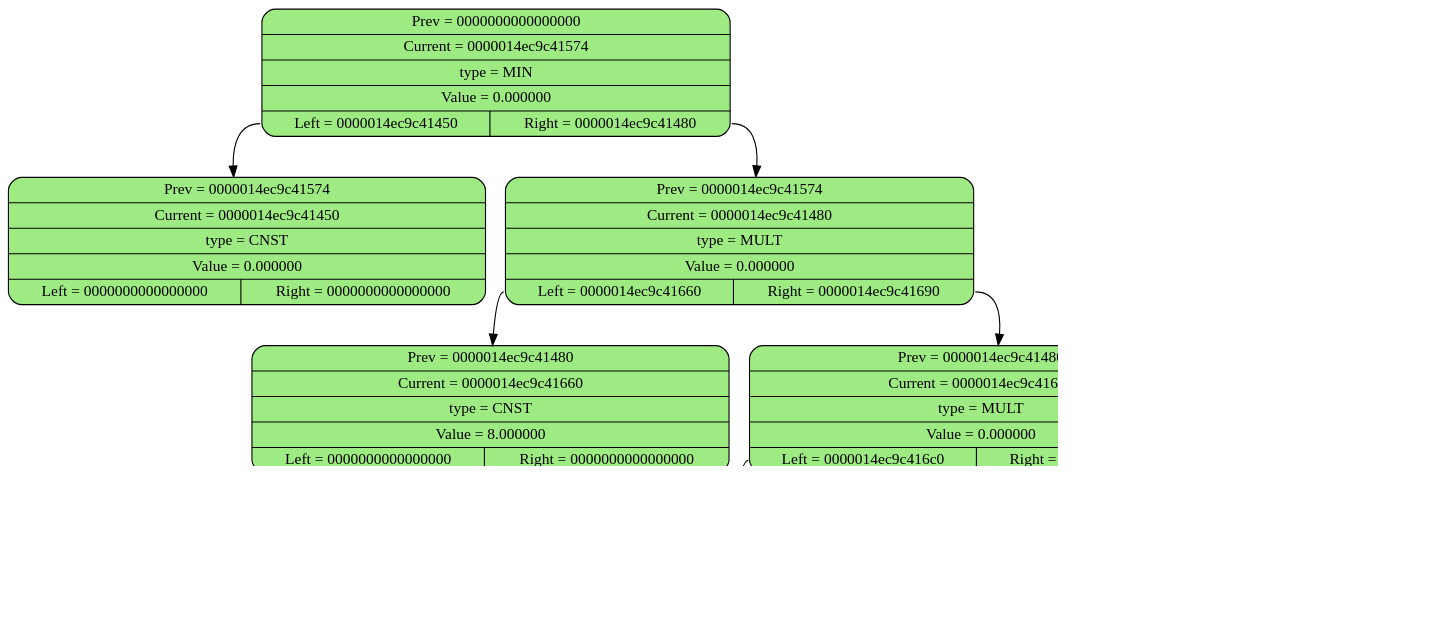
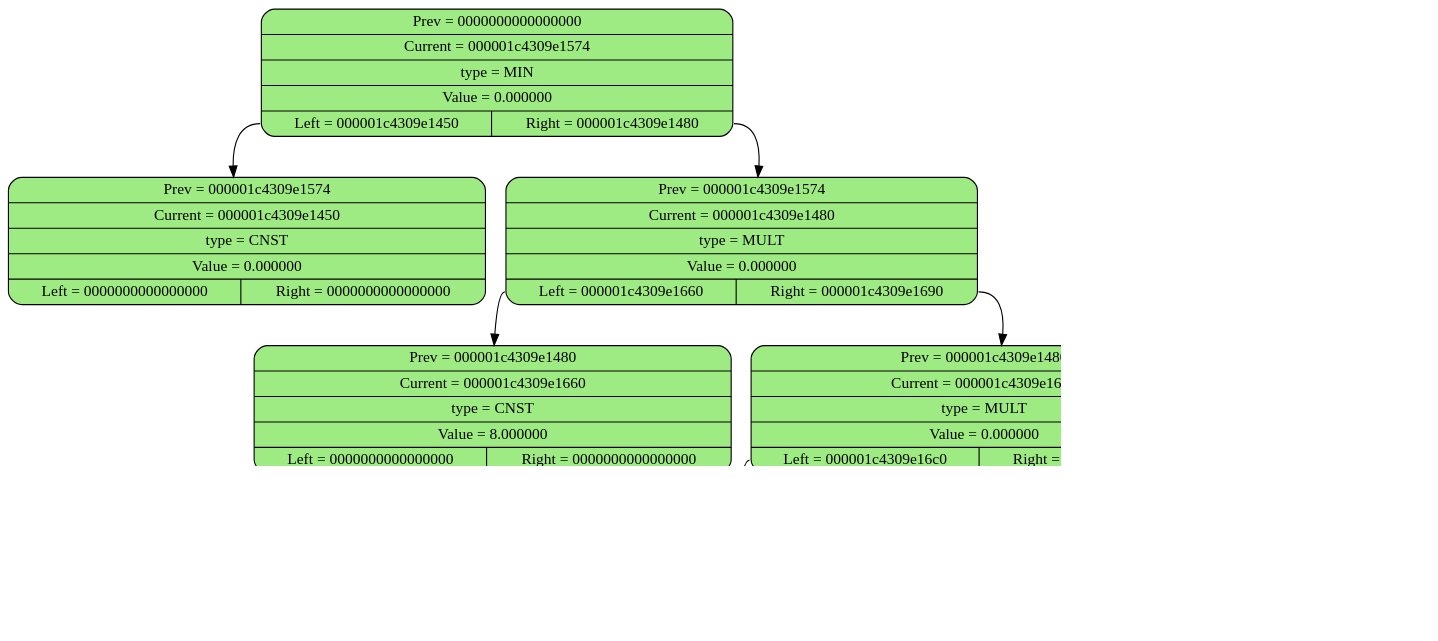
One commit to TupaToster/diff changed the diagram in GraphDumpSrc.dot. Above: the diagram before and after it, drawn with Graphviz. The commit also changed 4 other files, not shown here.

```diff
--- a/GraphDumpSrc.dot
+++ b/GraphDumpSrc.dot
@@ -1,21 +1,21 @@
 digraph List_7 {
 	graph [dpi = 100];
 	rankdir = TB
-	"Nod_0" [shape = "Mrecord", style = "filled", fillcolor = "#9feb83", label = "{ <prev> Prev = 0000000000000000 | Current = 0000014ec9c41574 | type = MIN | Value = 0.000000 |{ <left> Left = 0000014ec9c41450 | <right> Right = 0000014ec9c41480} }"]
-	"Nod_1" [shape = "Mrecord", style = "filled", fillcolor = "#9feb83", label = "{ <prev> Prev = 0000014ec9c41574 | Current = 0000014ec9c41450 | type = CNST | Value = 0.000000 |{ <left> Left = 0000000000000000 | <right> Right = 0000000000000000} }"]
-	"Nod_2" [shape = "Mrecord", style = "filled", fillcolor = "#9feb83", label = "{ <prev> Prev = 0000014ec9c41574 | Current = 0000014ec9c41480 | type = MULT | Value = 0.000000 |{ <left> Left = 0000014ec9c41660 | <right> Right = 0000014ec9c41690} }"]
-	"Nod_3" [shape = "Mrecord", style = "filled", fillcolor = "#9feb83", label = "{ <prev> Prev = 0000014ec9c41480 | Current = 0000014ec9c41660 | type = CNST | Value = 8.000000 |{ <left> Left = 0000000000000000 | <right> Right = 0000000000000000} }"]
-	"Nod_4" [shape = "Mrecord", style = "filled", fillcolor = "#9feb83", label = "{ <prev> Prev = 0000014ec9c41480 | Current = 0000014ec9c41690 | type = MULT | Value = 0.000000 |{ <left> Left = 0000014ec9c416c0 | <right> Right = 0000014ec9c416f0} }"]
-	"Nod_5" [shape = "Mrecord", style = "filled", fillcolor = "#9feb83", label = "{ <prev> Prev = 0000014ec9c41690 | Current = 0000014ec9c416c0 | type = CNST | Value = 3.000000 |{ <left> Left = 0000000000000000 | <right> Right = 0000000000000000} }"]
-	"Nod_6" [shape = "Mrecord", style = "filled", fillcolor = "#9feb83", label = "{ <prev> Prev = 0000014ec9c41690 | Current = 0000014ec9c416f0 | type = X | Value = 2.000000 |{ <left> Left = 0000000000000000 | <right> Right = 0000000000000000} }"]
+	"Nod_0" [shape = "Mrecord", style = "filled", fillcolor = "#9feb83", label = "{ <prev> Prev = 0000000000000000 | Current = 000001c4309e1574 | type = MIN | Value = 0.000000 |{ <left> Left = 000001c4309e1450 | <right> Right = 000001c4309e1480} }"]
+	"Nod_1" [shape = "Mrecord", style = "filled", fillcolor = "#9feb83", label = "{ <prev> Prev = 000001c4309e1574 | Current = 000001c4309e1450 | type = CNST | Value = 0.000000 |{ <left> Left = 0000000000000000 | <right> Right = 0000000000000000} }"]
+	"Nod_2" [shape = "Mrecord", style = "filled", fillcolor = "#9feb83", label = "{ <prev> Prev = 000001c4309e1574 | Current = 000001c4309e1480 | type = MULT | Value = 0.000000 |{ <left> Left = 000001c4309e1660 | <right> Right = 000001c4309e1690} }"]
+	"Nod_3" [shape = "Mrecord", style = "filled", fillcolor = "#9feb83", label = "{ <prev> Prev = 000001c4309e1480 | Current = 000001c4309e1660 | type = CNST | Value = 8.000000 |{ <left> Left = 0000000000000000 | <right> Right = 0000000000000000} }"]
+	"Nod_4" [shape = "Mrecord", style = "filled", fillcolor = "#9feb83", label = "{ <prev> Prev = 000001c4309e1480 | Current = 000001c4309e1690 | type = MULT | Value = 0.000000 |{ <left> Left = 000001c4309e16c0 | <right> Right = 000001c4309e16f0} }"]
+	"Nod_5" [shape = "Mrecord", style = "filled", fillcolor = "#9feb83", label = "{ <prev> Prev = 000001c4309e1690 | Current = 000001c4309e16c0 | type = CNST | Value = 3.000000 |{ <left> Left = 0000000000000000 | <right> Right = 0000000000000000} }"]
+	"Nod_6" [shape = "Mrecord", style = "filled", fillcolor = "#9feb83", label = "{ <prev> Prev = 000001c4309e1690 | Current = 000001c4309e16f0 | type = X | Value = 2.000000 |{ <left> Left = 0000000000000000 | <right> Right = 0000000000000000} }"]
 	{ rank = same;  Nod_0; }
 	{ rank = same;  Nod_1;  Nod_2; }
 	{ rank = same;  Nod_3;  Nod_4; }
 	{ rank = same;  Nod_5;  Nod_6; }
 	"Nod_0":left -> "Nod_1";
 	"Nod_0":right -> "Nod_2";
 	"Nod_2":left -> "Nod_3";
 	"Nod_2":right -> "Nod_4";
 	"Nod_4":left -> "Nod_5";
 	"Nod_4":right -> "Nod_6";
 }
```
